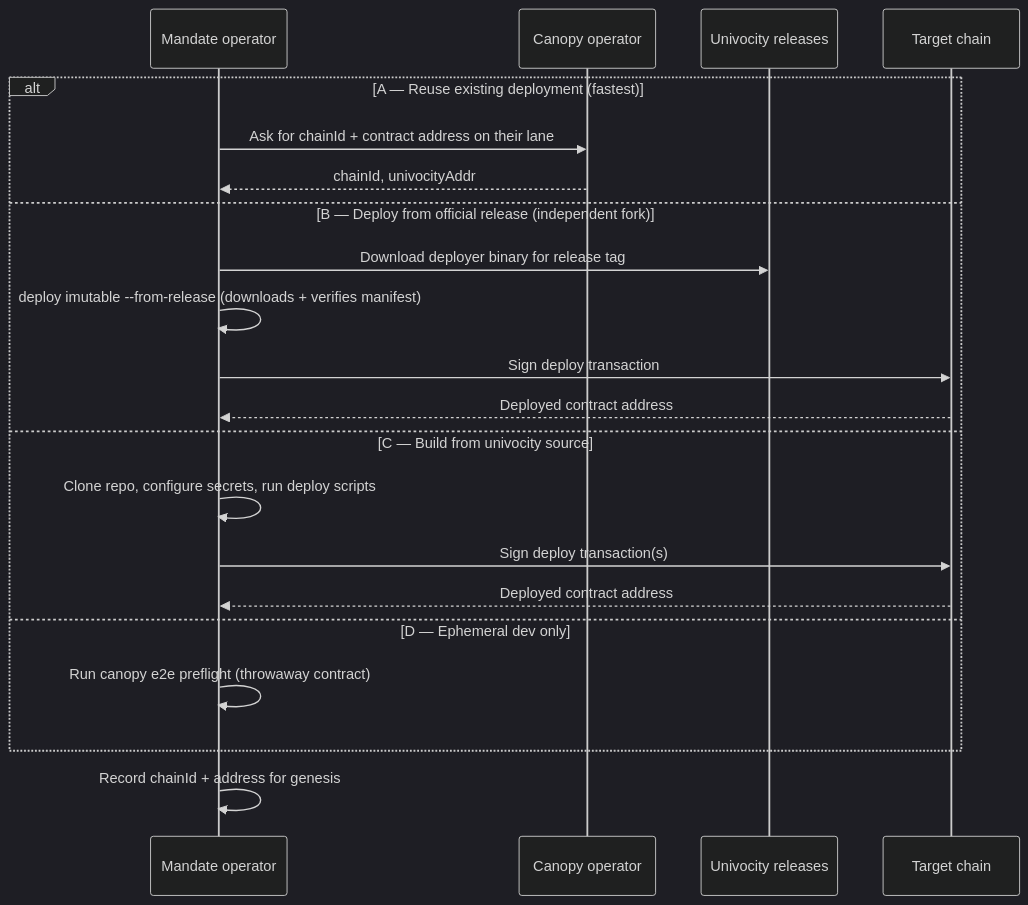
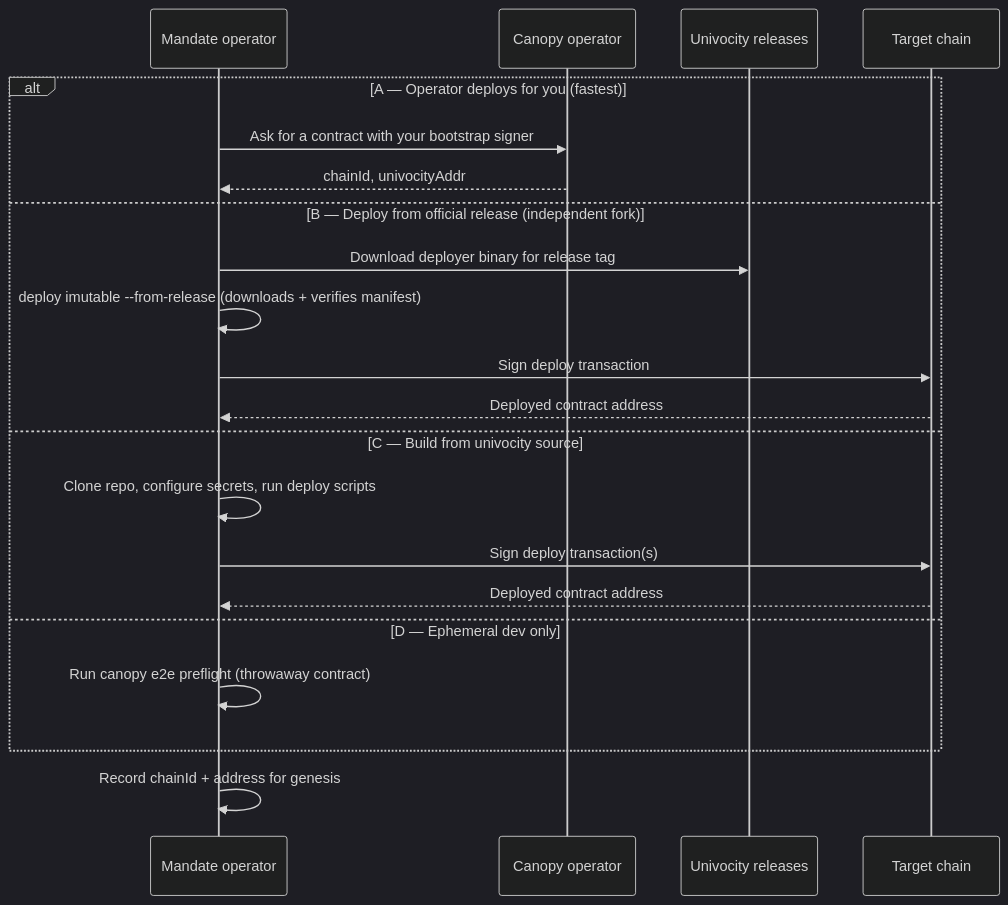
One commit to forestrie/mandate changed the second of 9 diagrams in FORKING.md. Above: the diagram before and after it, drawn with Mermaid (dark theme). The commit also changed other lines of this file, not shown here.

First line of the commit message:
Put the bootstrap key first in the fork runbook (FOR-709) (#110)

````diff
--- a/FORKING.md
+++ b/FORKING.md
@@ -76,24 +93,24 @@
 ```mermaid
 sequenceDiagram
     participant M as Mandate operator
     participant C as Canopy operator
     participant Rel as Univocity releases
     participant Chain as Target chain
 
-    alt A — Reuse existing deployment (fastest)
-        M->>C: Ask for chainId + contract address on their lane
+    alt A — Operator deploys for you (fastest)
+        M->>C: Ask for a contract with your bootstrap signer
         C-->>M: chainId, univocityAddr
     else B — Deploy from official release (independent fork)
         M->>Rel: Download deployer binary for release tag
         M->>M: deploy imutable --from-release (downloads + verifies manifest)
         M->>Chain: Sign deploy transaction
         Chain-->>M: Deployed contract address
     else C — Build from univocity source
         M->>M: Clone repo, configure secrets, run deploy scripts
         M->>Chain: Sign deploy transaction(s)
         Chain-->>M: Deployed contract address
     else D — Ephemeral dev only
         M->>M: Run canopy e2e preflight (throwaway contract)
     end
     M->>M: Record chainId + address for genesis
 ```
````
